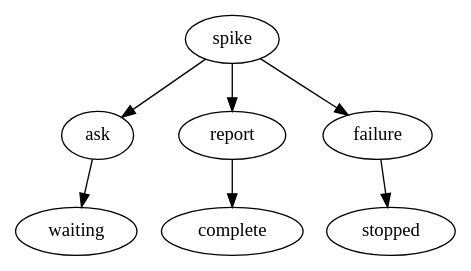
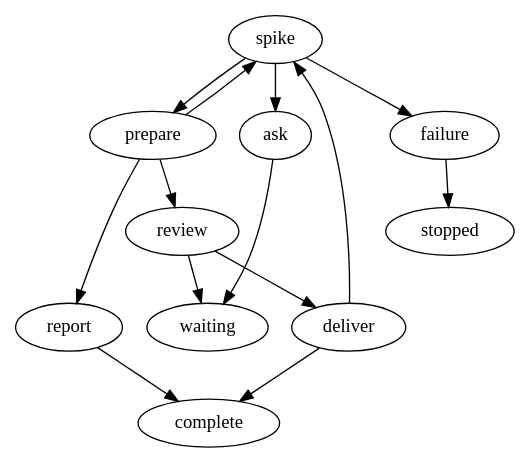
Before and after one commit to marioatcloudvane/litefactory: the diagram in teams/go-development/v1.0.0/spike/spike.dot, drawn with Graphviz. The commit also changed 35 other files, not shown here.

```diff
--- a/teams/go-development/v1.0.0/spike/spike.dot
+++ b/teams/go-development/v1.0.0/spike/spike.dot
@@ -1,33 +1,32 @@
-// Spike is one conversational agent. It reads the code, answers questions, asks
-// when something is unclear, changes code only when the owner clearly says so,
-// runs whatever checks it judges useful, and reports. All of that lives in the
-// role's Markdown. The factory does as little as possible.
-//
-// The agent's result names its own response (lf_response="result"): "ask" or
-// "done". The factory follows that response straight to a publication: a
-// question is posted and the instance waits for the owner, whose reply resumes
-// this same agent with its saved result as context; a finished report is posted
-// and the Spike completes. A later owner reply starts the next Spike from this
-// one. A failed attempt posts why and stops.
-//
-// The two publication nodes are the factory's own posting steps. They hold no
-// Spike logic: they post the agent's message as written and, for a question,
-// record the durable owner wait.
+// One conversational agent authors checked results. Generic factory delivery
+// prepares changed candidates, waits for an exact authenticated ship reply,
+// and merges/closes only the reviewed commit. Source changes return for checks.
+// Questions and ordinary review feedback resume the same agent.
 digraph spike {
  graph [team="go-development", mode="spike", profile_version="2", start="spike"];
 
  spike    [lf_action="lf_agent", lf_agent_markdown="spike", lf_skills="spike-result", lf_access="write", lf_response="result", lf_outcomes="ask,done,failed", lf_limit="8"];
+ prepare [lf_action="lf_deliver", lf_phase="prepare", lf_source="spike", lf_outcomes="ready,unchanged,revalidate,blocked", lf_limit="8", lf_park="owner", lf_stop="blocked,failed,invalid,exhausted"];
+ review [lf_action="lf_ask", lf_kind="review", lf_source="spike", lf_approve_reply="ship", lf_outcomes="published,approved", lf_limit="8"];
+ deliver [lf_action="lf_deliver", lf_phase="ship", lf_source="spike", lf_outcomes="completed,revalidate,blocked", lf_limit="8", lf_park="owner", lf_stop="blocked,failed,invalid,exhausted"];
  ask      [lf_action="lf_ask", lf_kind="question", lf_outcomes="published", lf_source="spike", lf_limit="8"];
  report   [lf_action="lf_comment", lf_kind="final", lf_outcomes="published", lf_source="spike", lf_limit="8"];
  failure  [lf_action="lf_comment", lf_kind="failure", lf_outcomes="published", lf_limit="8"];
  waiting  [lf_terminal="true"];
  complete [lf_terminal="true"];
  stopped  [lf_terminal="true"];
 
  spike   -> ask      [lf_on="ask"];
- spike   -> report   [lf_on="done"];
+ spike   -> prepare  [lf_on="done"];
+ prepare -> report [lf_on="unchanged"];
+ prepare -> spike [lf_on="revalidate"];
+ prepare -> review [lf_on="ready"];
+ review -> waiting [lf_on="published"];
+ review -> deliver [lf_on="approved"];
+ deliver -> spike [lf_on="revalidate"];
+ deliver -> complete [lf_on="completed"];
  spike   -> failure  [lf_on="failed"];
  ask     -> waiting  [lf_on="published"];
  report  -> complete [lf_on="published"];
  failure -> stopped  [lf_on="published"];
 }
```
